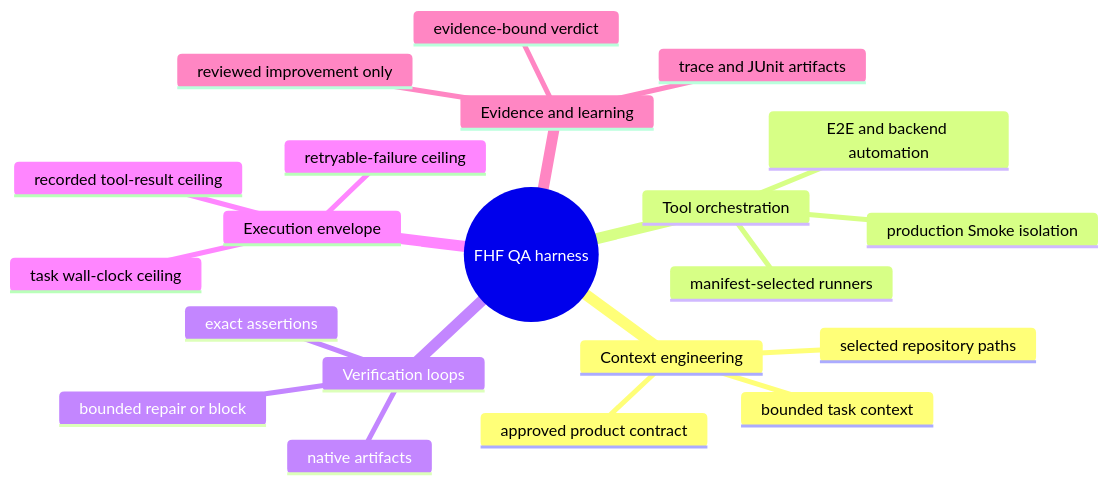
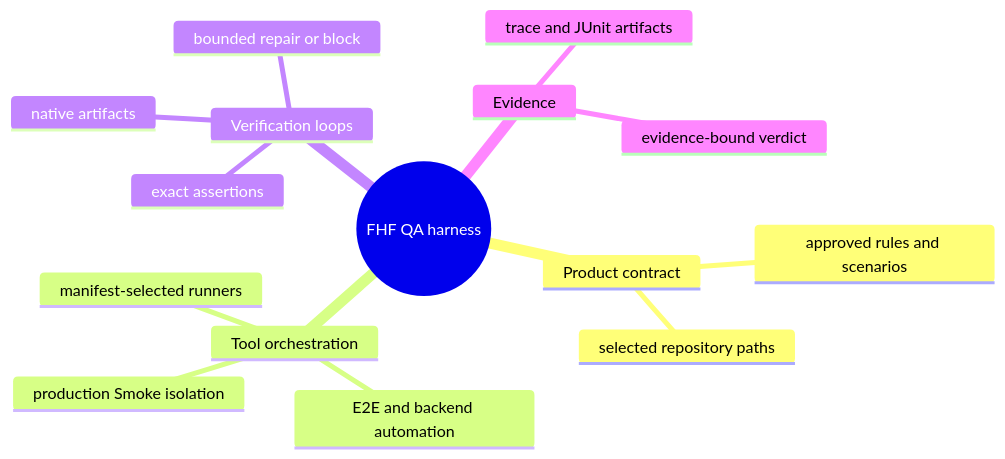
Before and after one commit to lfyagya/fhf-qa-harness-os: the first of 9 diagrams in docs/framework/repository-routing.md, drawn with Mermaid. The commit also changed other lines of this file and 8 other files, not shown here.

````diff
--- a/docs/framework/repository-routing.md
+++ b/docs/framework/repository-routing.md
@@ -9,24 +11,18 @@
 ```mermaid
 mindmap
   root((FHF QA harness))
-    Context engineering
-      approved product contract
+    Product contract
+      approved rules and scenarios
       selected repository paths
-      bounded task context
     Tool orchestration
       manifest-selected runners
       E2E and backend automation
       production Smoke isolation
     Verification loops
       exact assertions
       native artifacts
       bounded repair or block
-    Execution envelope
-      task wall-clock ceiling
-      recorded tool-result ceiling
-      retryable-failure ceiling
-    Evidence and learning
+    Evidence
       trace and JUnit artifacts
       evidence-bound verdict
-      reviewed improvement only
 ```
````
